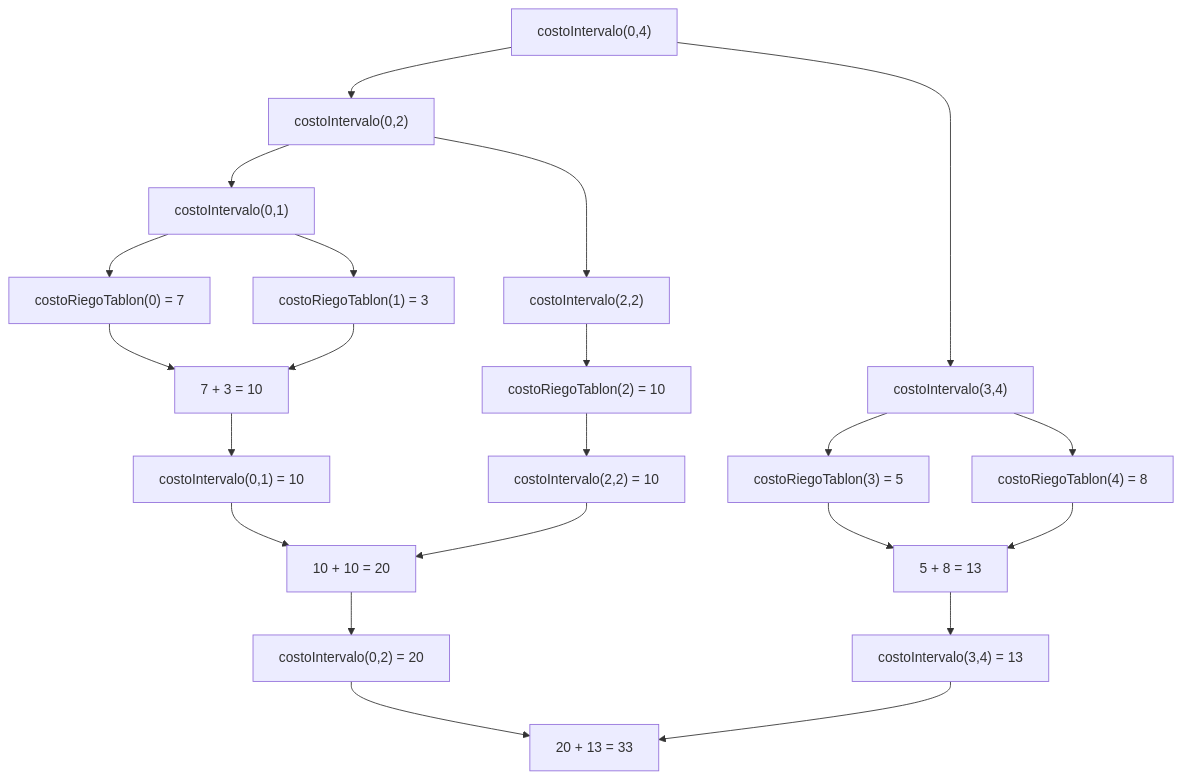
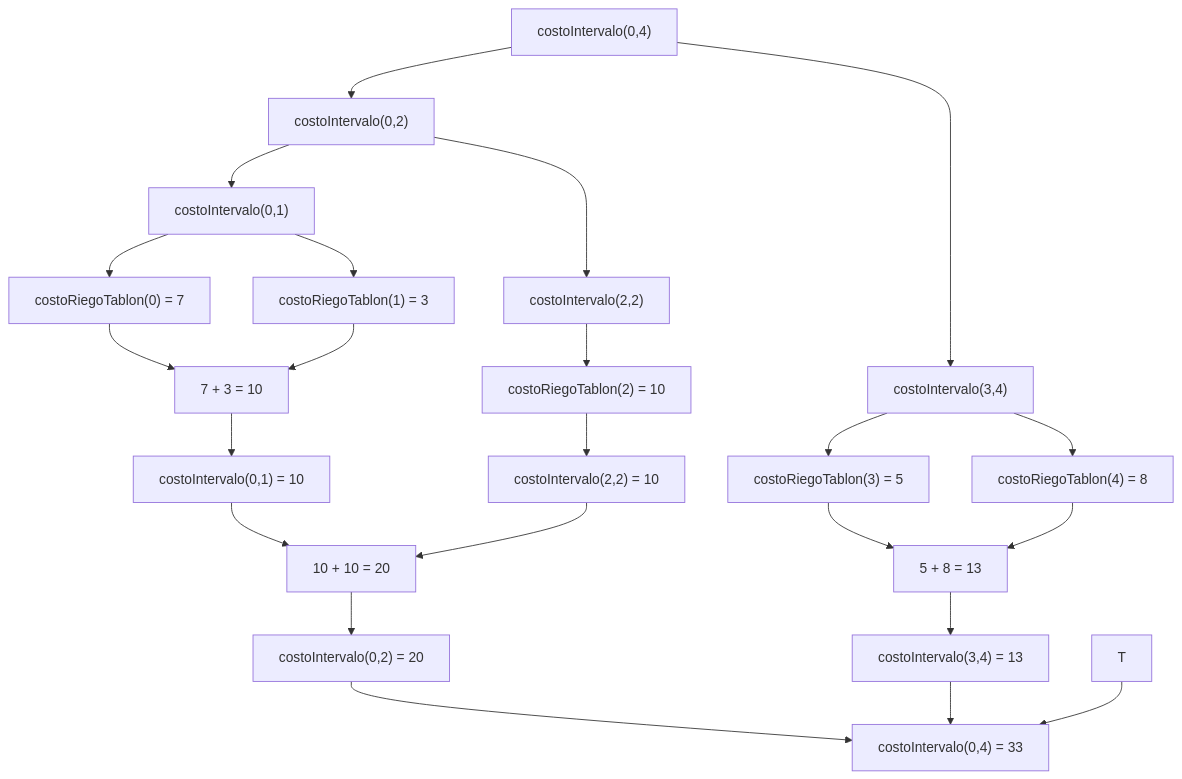
One commit to 2025-II-PFC-FLP/proyecto-final-pfc-2025-ii-master-final changed the third of 5 diagrams in docs/informeProceso.md. Above: the diagram before and after it, drawn with Mermaid.

Commit message:
ajustes diagrama proceso costoRiegoFincaPar

`````diff
--- a/docs/informeProceso.md
+++ b/docs/informeProceso.md
@@ -252,34 +252,35 @@
 ````mermaid
 graph TD
   CostoTotal["costoIntervalo(0,4)"]
   CostoTotal --> L["costoIntervalo(0,2)"]
   CostoTotal --> R["costoIntervalo(3,4)"]
 
   L --> L1["costoIntervalo(0,1)"]
   L --> L2["costoIntervalo(2,2)"]
 
   L1 --> A0["costoRiegoTablon(0) = 7"]
   L1 --> A1["costoRiegoTablon(1) = 3"]
 
   L2 --> B2["costoRiegoTablon(2) = 10"]
 
   R --> R0["costoRiegoTablon(3) = 5"]
   R --> R1["costoRiegoTablon(4) = 8"]
 
   %% valores finales
   A0 --> SumA["7 + 3 = 10"]
   A1 --> SumA
   SumA --> ResL1["costoIntervalo(0,1) = 10"]
   B2 --> ResL2["costoIntervalo(2,2) = 10"]
   ResL1 --> SumL["10 + 10 = 20"]
   ResL2 --> SumL
   SumL --> ResL["costoIntervalo(0,2) = 20"]
   
   R0 --> SumR["5 + 8 = 13"]
   R1 --> SumR
   SumR --> ResR["costoIntervalo(3,4) = 13"]
   
   %% Total
   ResL --> Total["20 + 13 = 33"]
   ResR --> Total
+  T --> Total["costoIntervalo(0,4) = 33"]
 ````
`````
